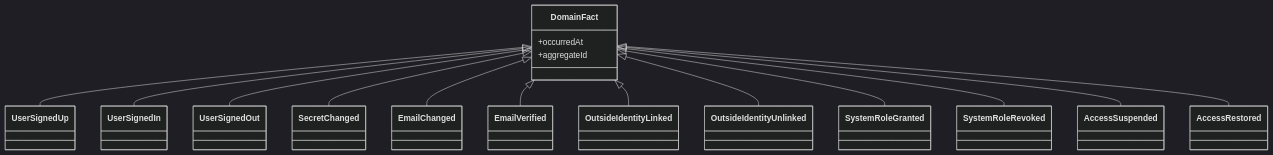
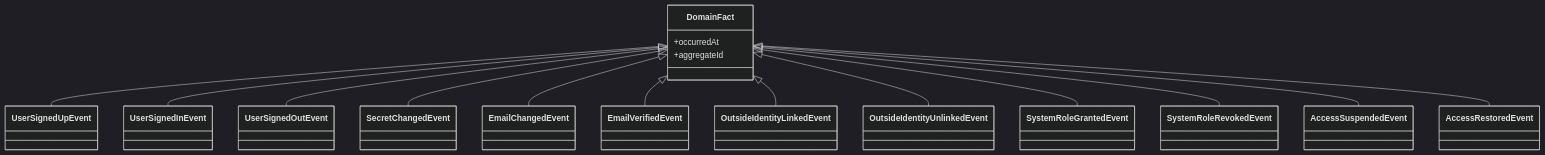
One commit to Morocoders-Arq-9056/votochain-api-backend changed the third of 3 diagrams in docs/Bounded Contexts/iam/domain-model.md. Above: the diagram before and after it, drawn with Mermaid (dark theme). The commit also changed other lines of this file and 20 other files, not shown here.

````diff
--- a/docs/Bounded Contexts/iam/domain-model.md
+++ b/docs/Bounded Contexts/iam/domain-model.md
@@ -236,19 +236,19 @@
 ```mermaid
 classDiagram
     class DomainFact {
         +occurredAt
         +aggregateId
     }
-    DomainFact <|-- UserSignedUp
-    DomainFact <|-- UserSignedIn
-    DomainFact <|-- UserSignedOut
-    DomainFact <|-- SecretChanged
-    DomainFact <|-- EmailChanged
-    DomainFact <|-- EmailVerified
-    DomainFact <|-- OutsideIdentityLinked
-    DomainFact <|-- OutsideIdentityUnlinked
-    DomainFact <|-- SystemRoleGranted
-    DomainFact <|-- SystemRoleRevoked
-    DomainFact <|-- AccessSuspended
-    DomainFact <|-- AccessRestored
+    DomainFact <|-- UserSignedUpEvent
+    DomainFact <|-- UserSignedInEvent
+    DomainFact <|-- UserSignedOutEvent
+    DomainFact <|-- SecretChangedEvent
+    DomainFact <|-- EmailChangedEvent
+    DomainFact <|-- EmailVerifiedEvent
+    DomainFact <|-- OutsideIdentityLinkedEvent
+    DomainFact <|-- OutsideIdentityUnlinkedEvent
+    DomainFact <|-- SystemRoleGrantedEvent
+    DomainFact <|-- SystemRoleRevokedEvent
+    DomainFact <|-- AccessSuspendedEvent
+    DomainFact <|-- AccessRestoredEvent
 ```
````
